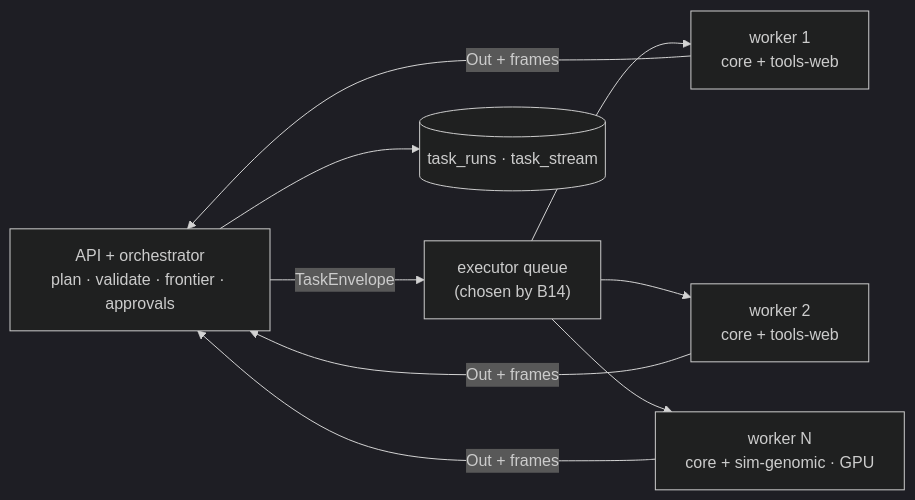
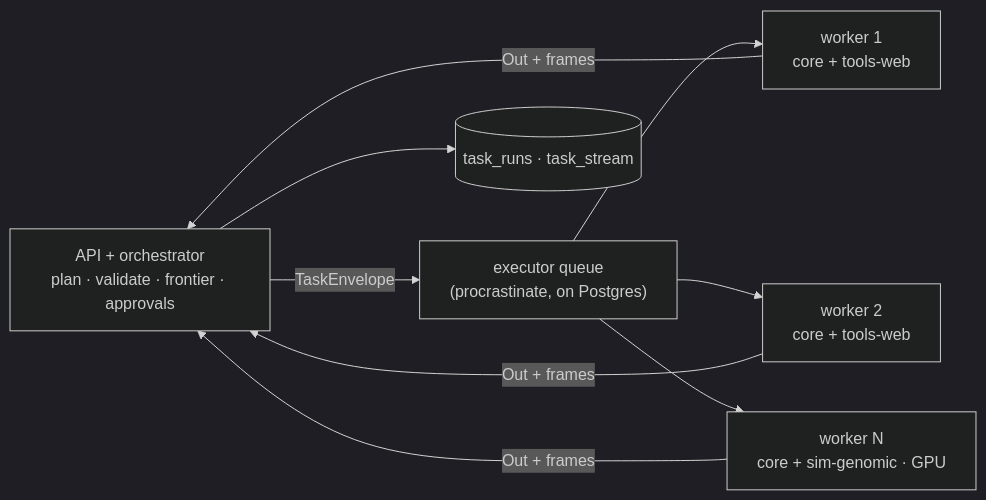
Before and after one commit to invana/invana: the diagram in docs/products/plugins.md, drawn with Mermaid (dark theme). The commit also changed other lines of this file and 23 other files, not shown here.

````diff
--- a/docs/products/plugins.md
+++ b/docs/products/plugins.md
@@ -187,9 +187,9 @@
 ```mermaid
 flowchart LR
-    API["API + orchestrator<br/>plan · validate · frontier · approvals"] -->|TaskEnvelope| Q["executor queue<br/>(chosen by B14)"]
+    API["API + orchestrator<br/>plan · validate · frontier · approvals"] -->|TaskEnvelope| Q["executor queue<br/>(procrastinate, on Postgres)"]
     Q --> W1["worker 1<br/>core + tools-web"]
     Q --> W2["worker 2<br/>core + tools-web"]
     Q --> W3["worker N<br/>core + sim-genomic · GPU"]
     W1 & W2 & W3 -->|Out + frames| API
     API --> DB[("task_runs · task_stream")]
 ```
````
